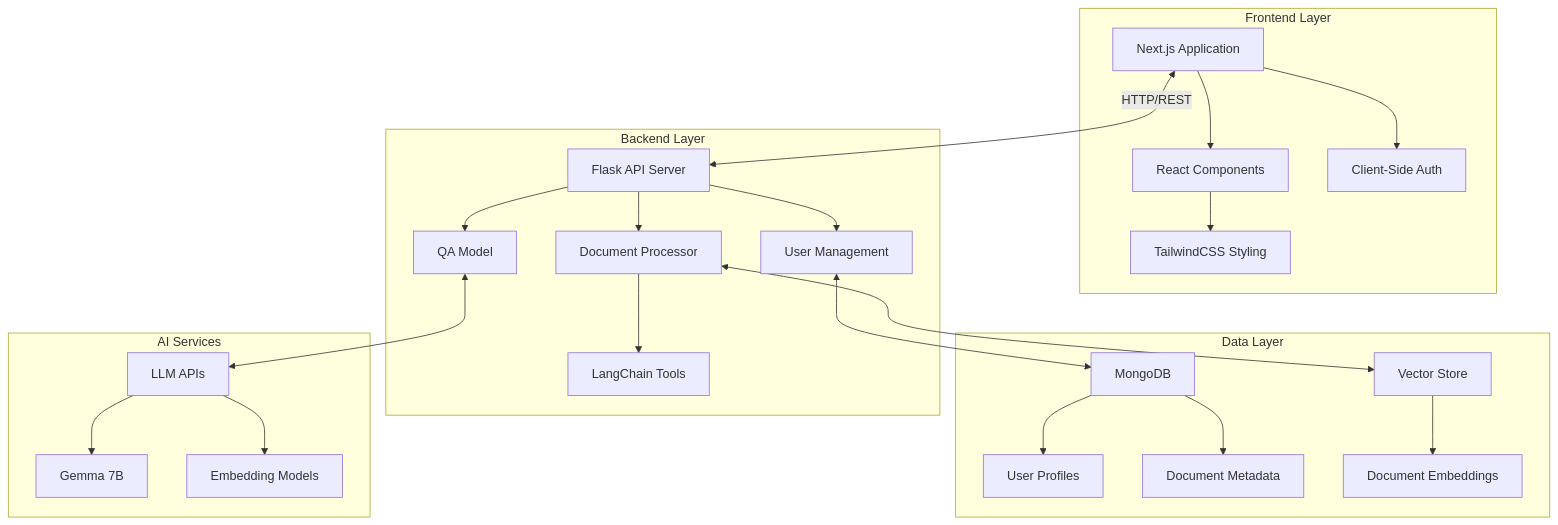
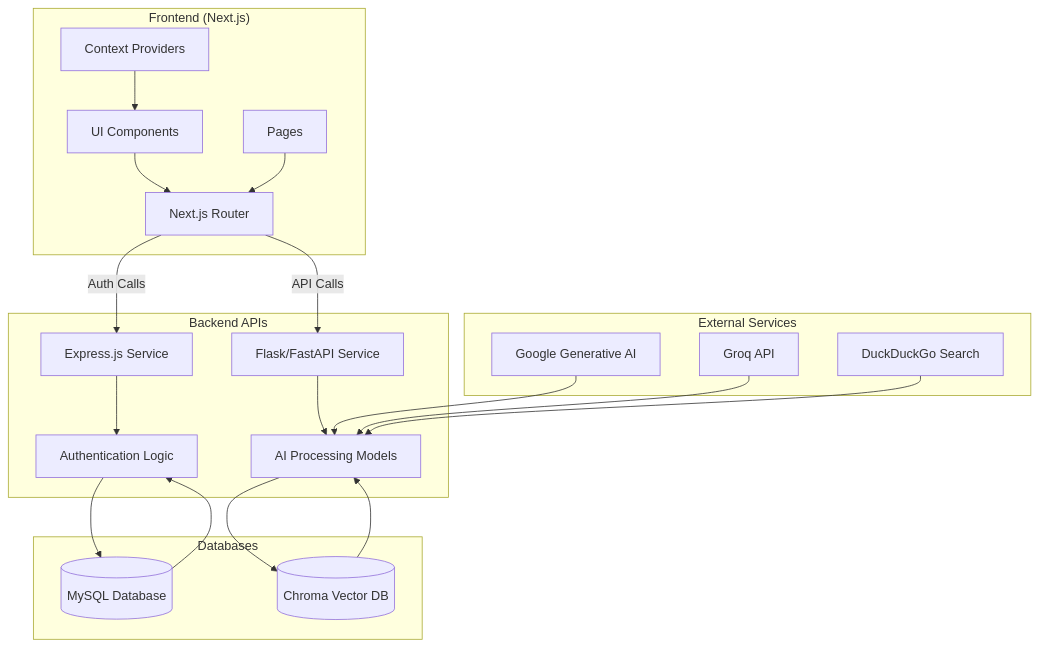
One commit to PradnyaKarmalkar/AI-Inspired-Research-Tool changed the second of 9 diagrams in project_analysis.md. Above: the diagram before and after it, drawn with Mermaid. The commit also changed other lines of this file and 152 other files, not shown here.

````diff
--- a/project_analysis.md
+++ b/project_analysis.md
@@ -170,27 +125,29 @@
 ```mermaid
-graph TB
-    subgraph "Frontend Layer"
-        A[Next.js Application] --> B[React Components]
-        B --> C[TailwindCSS Styling]
-        A --> D[Client-Side Auth]
+graph TD
+    subgraph "Frontend (Next.js)"
+        UI[UI Components] --> Router[Next.js Router]
+        Pages[Pages] --> Router
+        Context[Context Providers] --> UI
     end
-    subgraph "Backend Layer"
-        E[Flask API Server] --> F[Document Processor]
-        E --> G[QA Model]
-        E --> H[User Management]
-        F --> I[LangChain Tools]
+
+    subgraph "Backend APIs"
+        Flask[Flask/FastAPI Service] --> AIModels[AI Processing Models]
+        Express[Express.js Service] --> Auth[Authentication Logic]
     end
-    subgraph "Data Layer"
-        J[MongoDB] --> K[User Profiles]
-        J --> L[Document Metadata]
-        M[Vector Store] --> N[Document Embeddings]
+
+    subgraph "Databases"
+        MySQL[(MySQL Database)] --> Auth
+        VectorDB[(Chroma Vector DB)] --> AIModels
     end
-    subgraph "AI Services"
-        O[LLM APIs] --> P[Gemma 7B]
-        O --> Q[Embedding Models]
+
+    subgraph "External Services"
+        GoogleAI[Google Generative AI] --> AIModels
+        Groq[Groq API] --> AIModels
+        DDGS[DuckDuckGo Search] --> AIModels
     end
-    A <-->|HTTP/REST| E
-    F <--> M
-    G <--> O
-    H <--> J
+
+    Router --> |API Calls| Flask
+    Router --> |Auth Calls| Express
+    AIModels --> VectorDB
+    Auth --> MySQL
 ```
````
